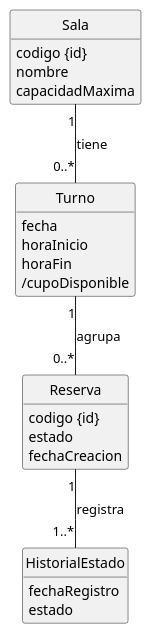
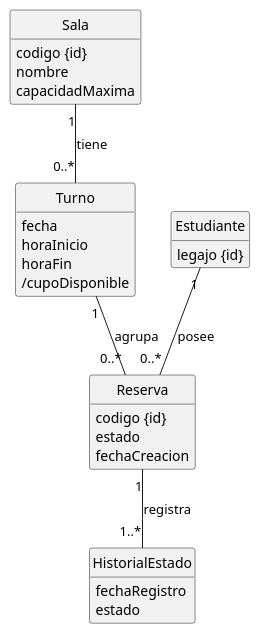
The diagram in docs/requisitos/modelo-dominio.puml (Agusb04/StackReserve), drawn with PlantUML before and after one commit. The commit also changed 5 other files, not shown here.

```diff
--- a/docs/requisitos/modelo-dominio.puml
+++ b/docs/requisitos/modelo-dominio.puml
@@ -1,35 +1,40 @@
 @startuml modelo-dominio
 hide circle
 hide methods
 hide empty members
 
 class Sala {
   codigo {id}
   nombre
   capacidadMaxima
 }
 
 class Turno {
   fecha
   horaInicio
   horaFin
   /cupoDisponible
 }
 
+class Estudiante {
+  legajo {id}
+}
+
 class Reserva {
   codigo {id}
   estado
   fechaCreacion
 }
 
 class HistorialEstado {
   fechaRegistro
   estado
 }
 
 '' Relaciones persistidas
 Sala "1" -- "0..*" Turno : tiene
 Turno "1" -- "0..*" Reserva : agrupa
+Estudiante "1" -- "0..*" Reserva : posee
 Reserva "1" -- "1..*" HistorialEstado : registra
 
 @enduml
```
